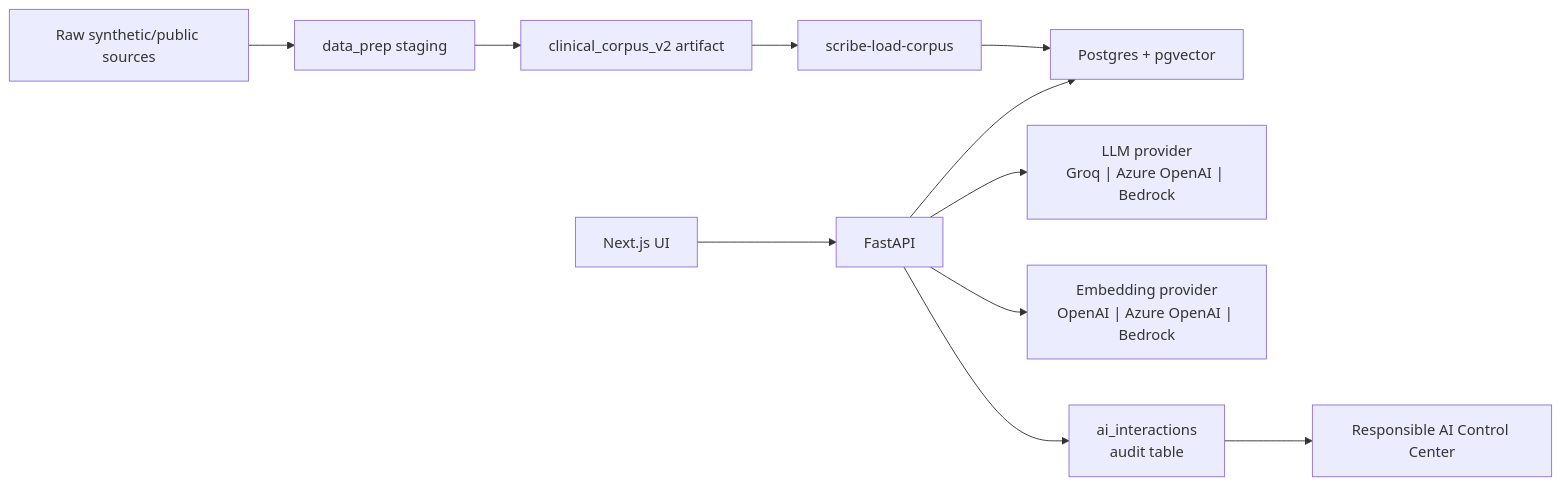
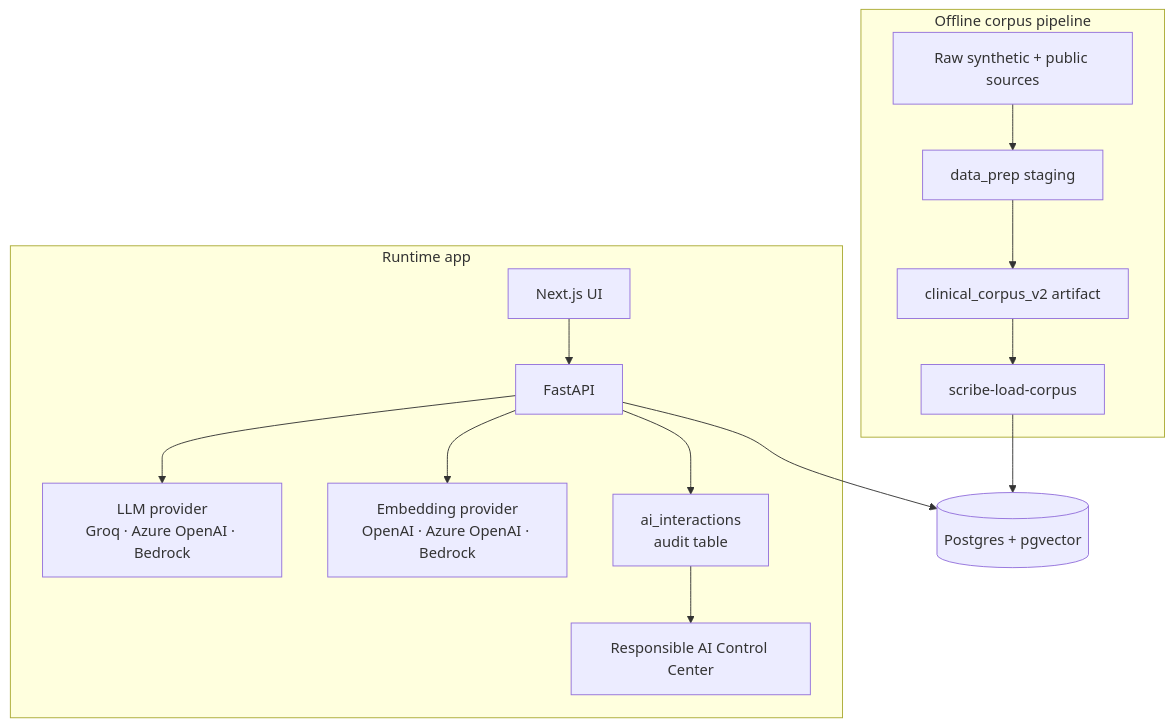
One commit to sandeep-jay/scribe-iq changed the diagram in README.md. Above: the diagram before and after it, drawn with Mermaid. The commit also changed other lines of this file and 12 other files, not shown here.

````diff
--- a/README.md
+++ b/README.md
@@ -125,13 +46,19 @@
 ```mermaid
-flowchart LR
-  Raw["Raw synthetic/public sources"] --> Staging["data_prep staging"]
-  Staging --> Artifact["clinical_corpus_v2 artifact"]
-  Artifact --> Loader["scribe-load-corpus"]
-  Loader --> PG["Postgres + pgvector"]
-  Next["Next.js UI"] --> API["FastAPI"]
+flowchart TB
+  subgraph Offline["Offline corpus pipeline"]
+    Raw["Raw synthetic + public sources"] --> Staging["data_prep staging"]
+    Staging --> Artifact["clinical_corpus_v2 artifact"]
+    Artifact --> Loader["scribe-load-corpus"]
+  end
+
+  subgraph Runtime["Runtime app"]
+    Next["Next.js UI"] --> API["FastAPI"]
+    API --> LLM["LLM provider<br/>Groq · Azure OpenAI · Bedrock"]
+    API --> Embed["Embedding provider<br/>OpenAI · Azure OpenAI · Bedrock"]
+    API --> Audit["ai_interactions<br/>audit table"]
+    Audit --> Admin["Responsible AI Control Center"]
+  end
+
+  Loader --> PG[("Postgres + pgvector")]
   API --> PG
-  API --> LLM["LLM provider<br/>Groq | Azure OpenAI | Bedrock"]
-  API --> Embed["Embedding provider<br/>OpenAI | Azure OpenAI | Bedrock"]
-  API --> Audit["ai_interactions<br/>audit table"]
-  Audit --> Admin["Responsible AI Control Center"]
 ```
````
